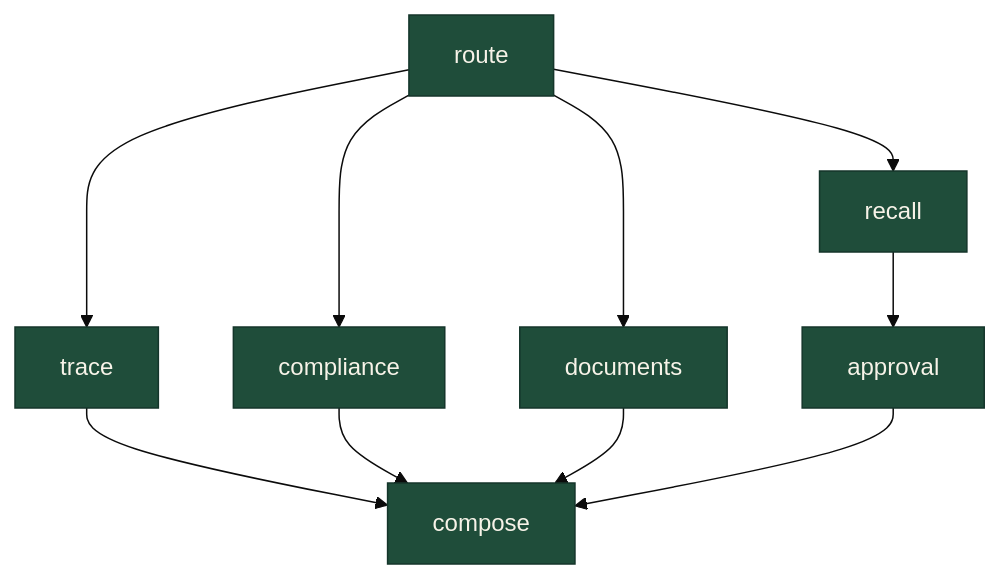
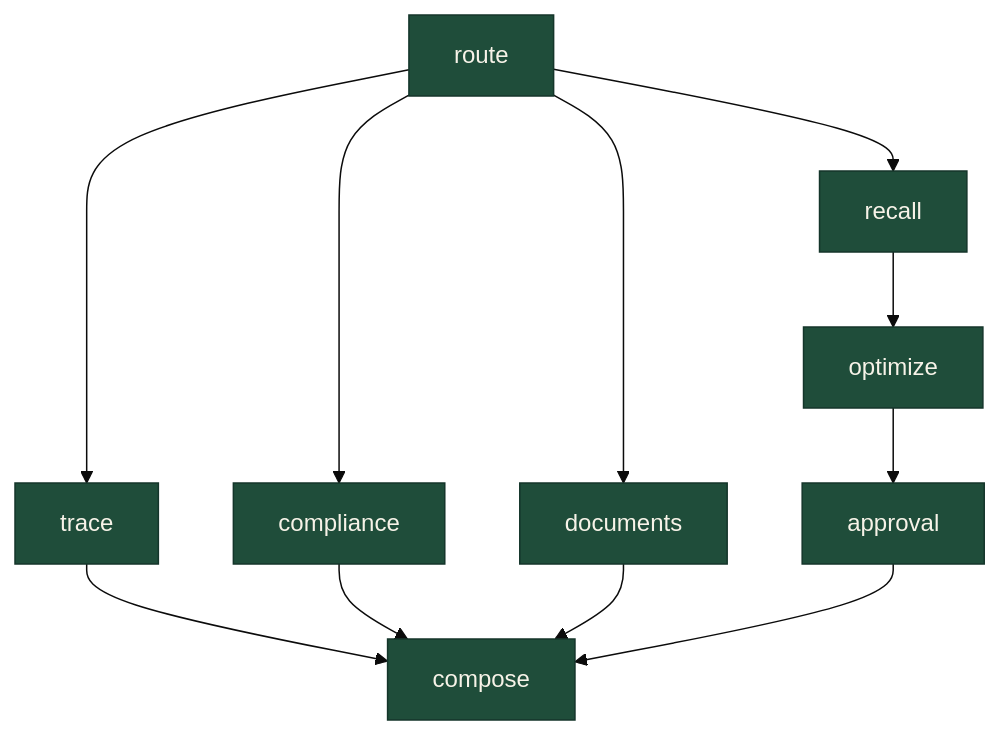
The diagram in docs/agents.md (MourabitElBachir/traceability-graph-agents), drawn with Mermaid (base theme) before and after one commit. The commit also changed 26 other files, not shown here.

First line of the commit message:
Add a free-solver recall containment plan on top of the graph. (#3)

````diff
--- a/docs/agents.md
+++ b/docs/agents.md
@@ -20,9 +20,9 @@
 ```mermaid
 flowchart TD
   route --> trace --> compose
   route --> compliance --> compose
   route --> documents --> compose
-  route --> recall --> approval --> compose
+  route --> recall["recall"] --> optimize["optimize"] --> approval["approval"] --> compose
   classDef n fill:#1F4D3A,stroke:#14352A,color:#F7F3E8;
-  class route,trace,compliance,documents,recall,approval,compose n;
+  class route,trace,compliance,documents,recall,optimize,approval,compose n;
 ```
````
